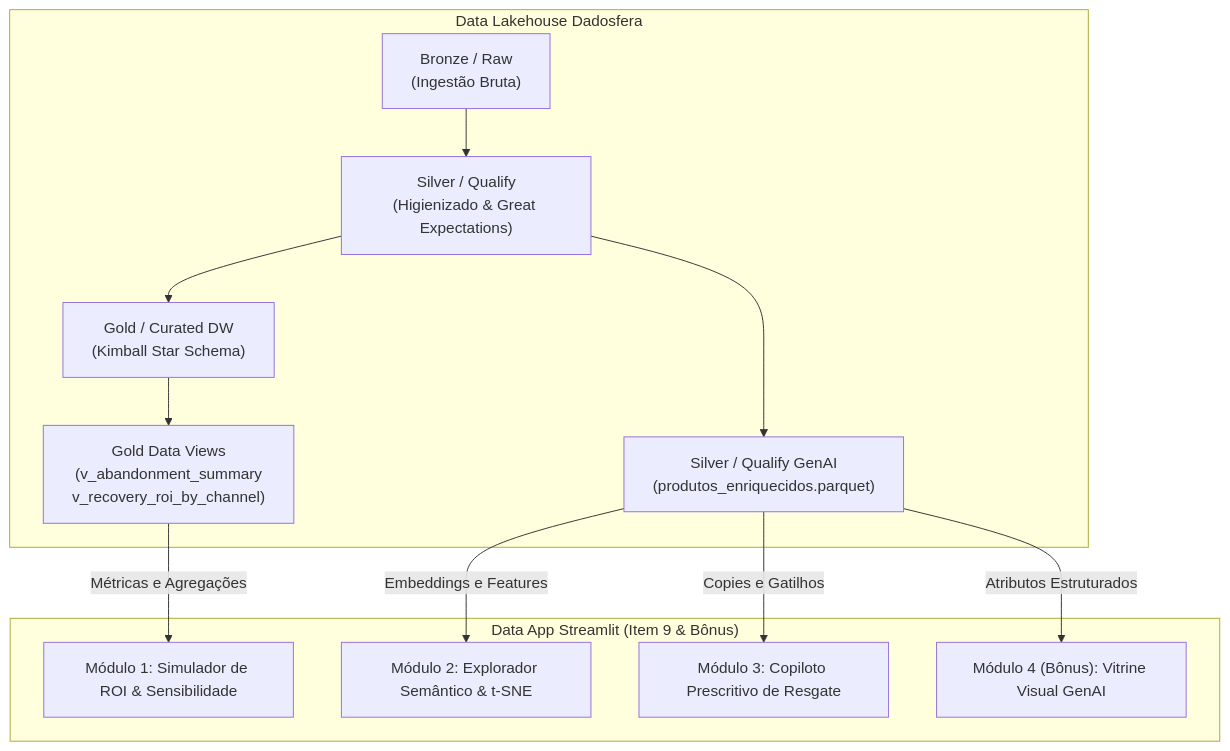
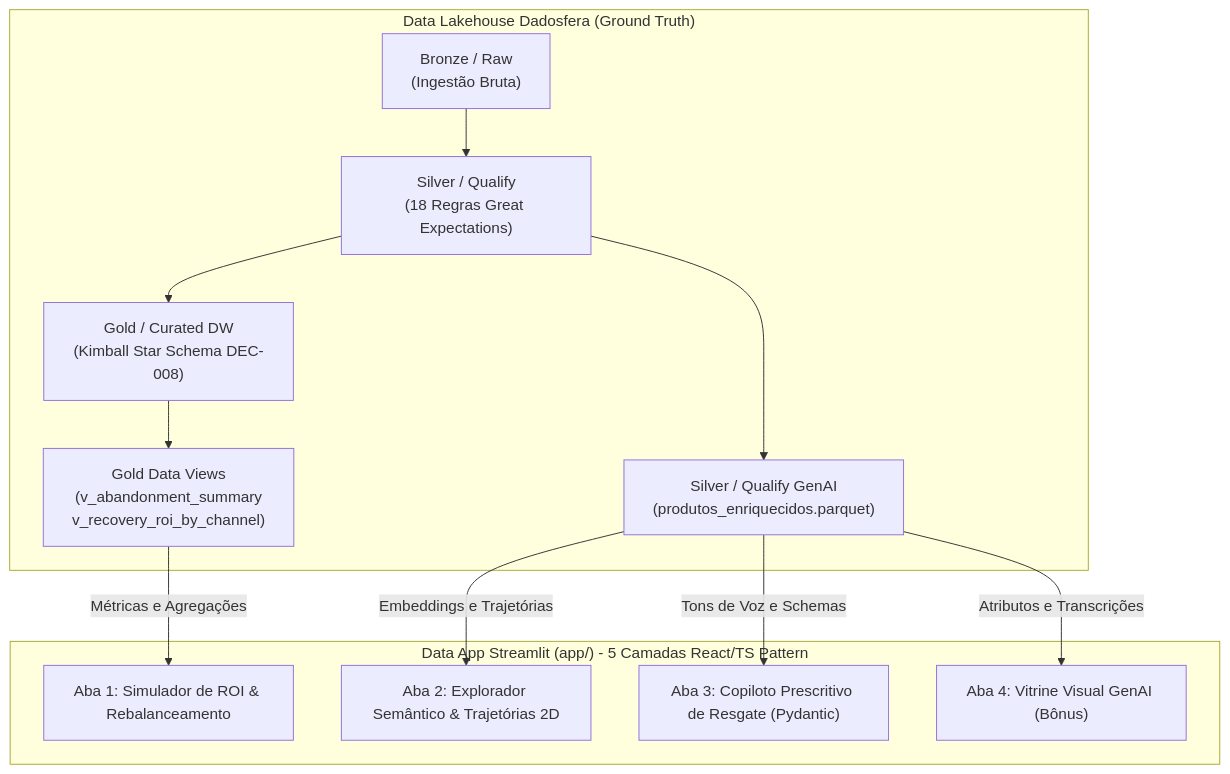
One commit to henriquesati/PEDRO_SALES_DDF_TECH_082026 changed the diagram in pipelines/case-item-09/specs.md. Above: the diagram before and after it, drawn with Mermaid. The commit also changed other lines of this file and 41 other files, not shown here.

Commit message:
feat(refactor): remove legacy dashboards/assets, remove whisper references and modernize streamlit data app

````diff
--- a/pipelines/case-item-09/specs.md
+++ b/pipelines/case-item-09/specs.md
@@ -26,21 +26,21 @@
 ```mermaid
 flowchart TD
-    subgraph Lakehouse["Data Lakehouse Dadosfera"]
-        BRONZE["Bronze / Raw\n(Ingestão Bruta)"] --> SILVER["Silver / Qualify\n(Higienizado & Great Expectations)"]
+    subgraph Lakehouse["Data Lakehouse Dadosfera (Ground Truth)"]
+        BRONZE["Bronze / Raw\n(Ingestão Bruta)"] --> SILVER["Silver / Qualify\n(18 Regras Great Expectations)"]
         SILVER --> SILVER_GENAI["Silver / Qualify GenAI\n(produtos_enriquecidos.parquet)"]
-        SILVER --> GOLD["Gold / Curated DW\n(Kimball Star Schema)"]
+        SILVER --> GOLD["Gold / Curated DW\n(Kimball Star Schema DEC-008)"]
         GOLD --> VIEWS["Gold Data Views\n(v_abandonment_summary\nv_recovery_roi_by_channel)"]
     end
 
-    subgraph DataApp["Data App Streamlit (Item 9 & Bônus)"]
-        M1["Módulo 1: Simulador de ROI & Sensibilidade"]
-        M2["Módulo 2: Explorador Semântico & t-SNE"]
-        M3["Módulo 3: Copiloto Prescritivo de Resgate"]
-        M4["Módulo 4 (Bônus): Vitrine Visual GenAI"]
+    subgraph DataApp["Data App Streamlit (app/) - 5 Camadas React/TS Pattern"]
+        M1["Aba 1: Simulador de ROI & Rebalanceamento"]
+        M2["Aba 2: Explorador Semântico & Trajetórias 2D"]
+        M3["Aba 3: Copiloto Prescritivo de Resgate (Pydantic)"]
+        M4["Aba 4: Vitrine Visual GenAI (Bônus)"]
     end
 
     VIEWS -->|Métricas e Agregações| M1
-    SILVER_GENAI -->|Embeddings e Features| M2
-    SILVER_GENAI -->|Copies e Gatilhos| M3
-    SILVER_GENAI -->|Atributos Estruturados| M4
+    SILVER_GENAI -->|Embeddings e Trajetórias| M2
+    SILVER_GENAI -->|Tons de Voz e Schemas| M3
+    SILVER_GENAI -->|Atributos e Transcrições| M4
 ```
````
